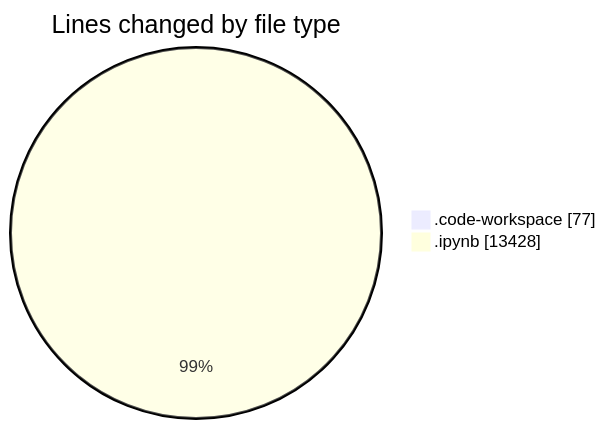
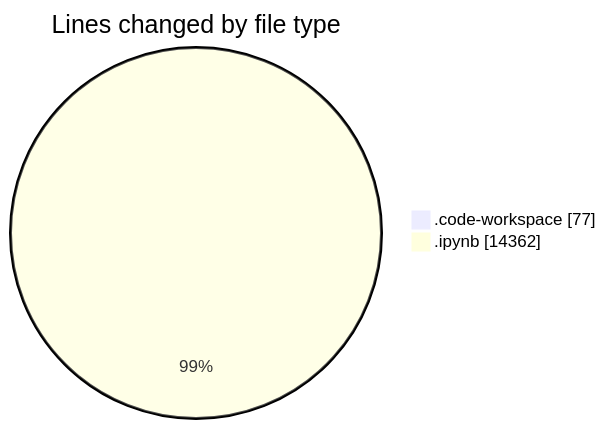
The first of 2 diagrams in 2025-03-14/myws__workspace_/README.md (MatusMokan/code-tracking), drawn with Mermaid before and after one commit. The commit also changed other lines of this file and 1 other file, not shown here.

````diff
--- a/2025-03-14/myws__workspace_/README.md
+++ b/2025-03-14/myws__workspace_/README.md
@@ -21,6 +21,6 @@
 ```mermaid
 pie showData
 title Lines changed by file type
 ".code-workspace" : 77
-".ipynb" : 13428
+".ipynb" : 14362
 ```
````
